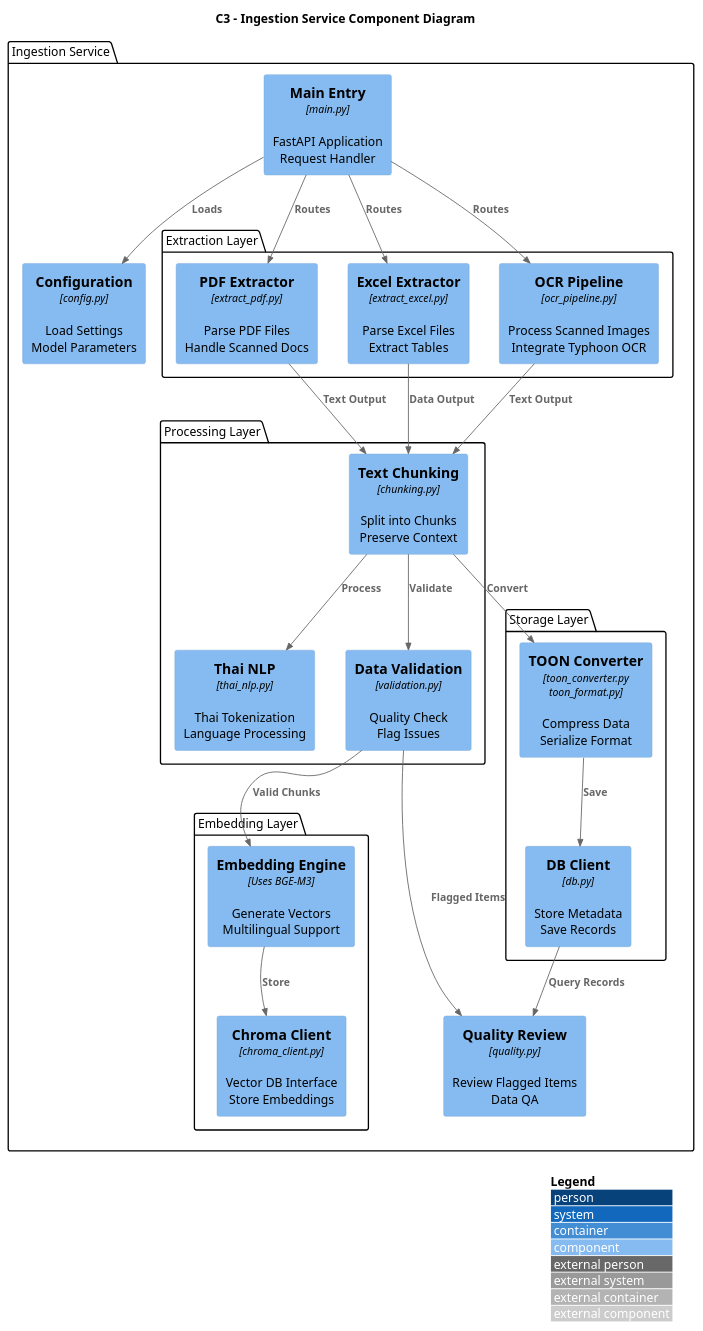
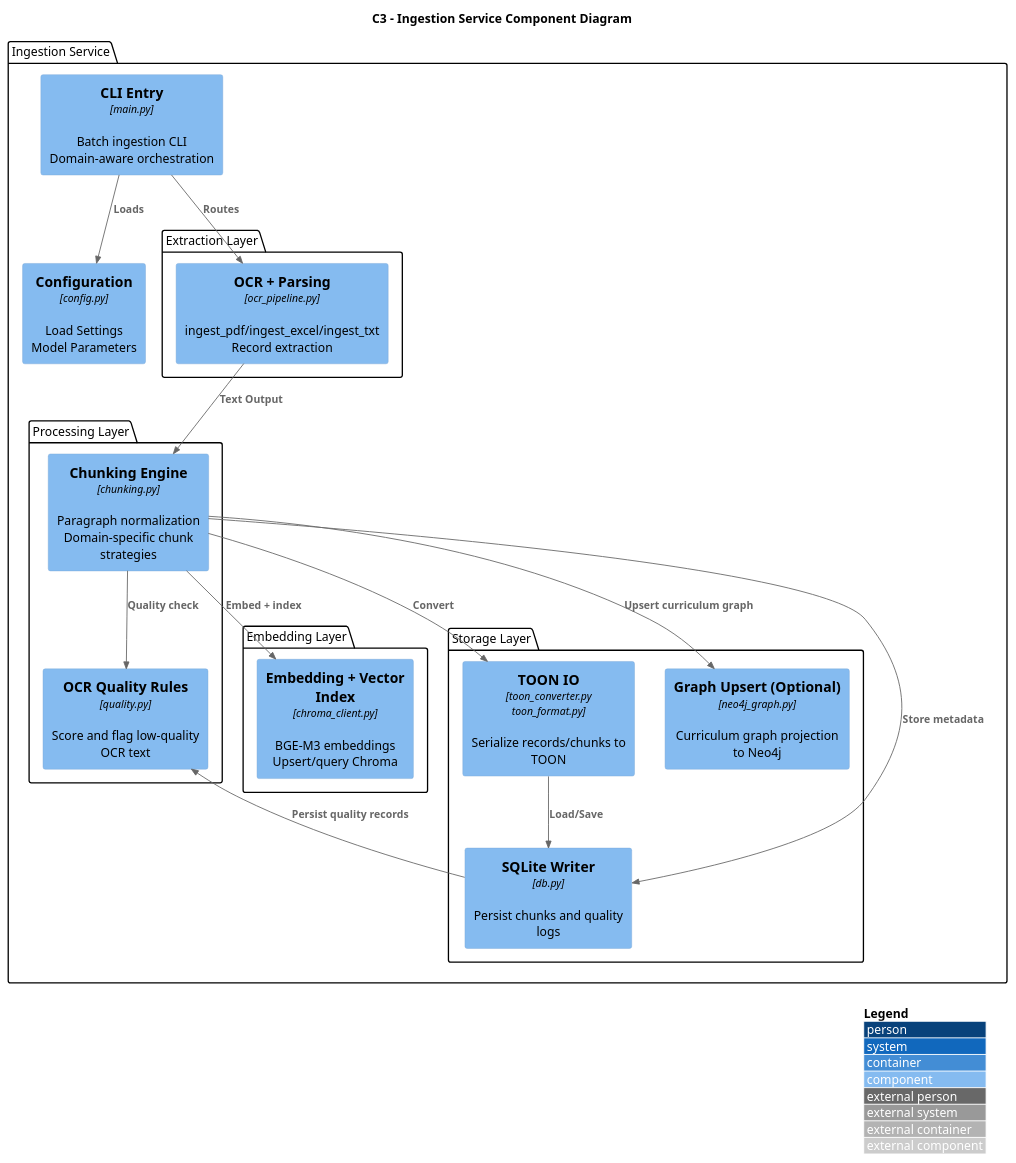
Before and after one commit to KKOIDF/CPE-CHAT-0.0.2: the diagram in docs/backend_c3_ingestion.puml, drawn with PlantUML. The commit also changed 341 other files, not shown here.

```diff
--- a/docs/backend_c3_ingestion.puml
+++ b/docs/backend_c3_ingestion.puml
@@ -1,59 +1,48 @@
 @startuml Backend_C3_Ingestion_Components
 !include https://raw.githubusercontent.com/plantuml-stdlib/C4-PlantUML/master/C4_Component.puml
 
 LAYOUT_WITH_LEGEND()
 
 title C3 - Ingestion Service Component Diagram
 
 package "Ingestion Service" as ingestion_container {
 
-    Component(main, "Main Entry", "main.py", "FastAPI Application\nRequest Handler")
+    Component(main, "CLI Entry", "main.py", "Batch ingestion CLI\nDomain-aware orchestration")
 
     package "Extraction Layer" as extraction {
-        Component(pdf_ext, "PDF Extractor", "extract_pdf.py", "Parse PDF Files\nHandle Scanned Docs")
-        Component(excel_ext, "Excel Extractor", "extract_excel.py", "Parse Excel Files\nExtract Tables")
-        Component(ocr_pipe, "OCR Pipeline", "ocr_pipeline.py", "Process Scanned Images\nIntegrate Typhoon OCR")
+        Component(ocr_pipe, "OCR + Parsing", "ocr_pipeline.py", "ingest_pdf/ingest_excel/ingest_txt\nRecord extraction")
     }
 
     package "Processing Layer" as processing {
-        Component(chunking, "Text Chunking", "chunking.py", "Split into Chunks\nPreserve Context")
-        Component(thai_nlp, "Thai NLP", "thai_nlp.py", "Thai Tokenization\nLanguage Processing")
-        Component(validation, "Data Validation", "validation.py", "Quality Check\nFlag Issues")
+        Component(chunking, "Chunking Engine", "chunking.py", "Paragraph normalization\nDomain-specific chunk strategies")
+        Component(quality_review, "OCR Quality Rules", "quality.py", "Score and flag low-quality OCR text")
     }
 
     package "Embedding Layer" as embedding {
-        Component(embed_gen, "Embedding Engine", "Uses BGE-M3", "Generate Vectors\nMultilingual Support")
-        Component(chroma_client, "Chroma Client", "chroma_client.py", "Vector DB Interface\nStore Embeddings")
+        Component(chroma_client, "Embedding + Vector Index", "chroma_client.py", "BGE-M3 embeddings\nUpsert/query Chroma")
     }
 
     package "Storage Layer" as storage {
-        Component(toon_conv, "TOON Converter", "toon_converter.py\ntoon_format.py", "Compress Data\nSerialize Format")
-        Component(db_client, "DB Client", "db.py", "Store Metadata\nSave Records")
+        Component(toon_conv, "TOON IO", "toon_converter.py\ntoon_format.py", "Serialize records/chunks to TOON")
+        Component(db_client, "SQLite Writer", "db.py", "Persist chunks and quality logs")
+        Component(graph_upsert, "Graph Upsert (Optional)", "neo4j_graph.py", "Curriculum graph projection to Neo4j")
     }
 
-    Component(quality_review, "Quality Review", "quality.py", "Review Flagged Items\nData QA")
     Component(config, "Configuration", "config.py", "Load Settings\nModel Parameters")
 }
 
 Rel(main, config, "Loads")
-Rel(main, pdf_ext, "Routes")
-Rel(main, excel_ext, "Routes")
 Rel(main, ocr_pipe, "Routes")
 
-Rel(pdf_ext, chunking, "Text Output")
-Rel(excel_ext, chunking, "Data Output")
 Rel(ocr_pipe, chunking, "Text Output")
 
-Rel(chunking, thai_nlp, "Process")
-Rel(chunking, validation, "Validate")
+Rel(chunking, quality_review, "Quality check")
+Rel(chunking, chroma_client, "Embed + index")
+Rel(chunking, db_client, "Store metadata")
+Rel(chunking, toon_conv, "Convert")
+Rel(toon_conv, db_client, "Load/Save")
+Rel(chunking, graph_upsert, "Upsert curriculum graph")
 
-Rel(validation, embed_gen, "Valid Chunks")
-Rel(validation, quality_review, "Flagged Items")
-
-Rel(embed_gen, chroma_client, "Store")
-Rel(chunking, toon_conv, "Convert")
-Rel(toon_conv, db_client, "Save")
-
-Rel(db_client, quality_review, "Query Records")
+Rel(db_client, quality_review, "Persist quality records")
 
 @enduml
```
